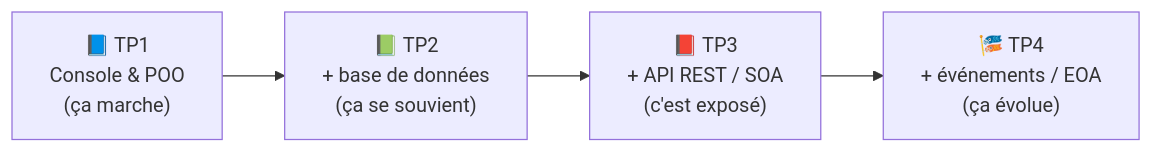
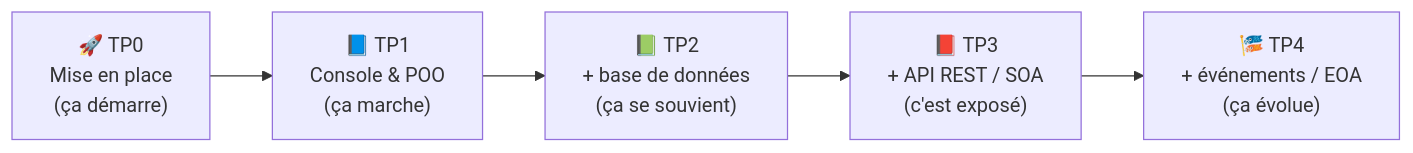
Before and after one commit to BTS1-SIO-SLAM-LSW/playlist-csharp: the diagram in README.md, drawn with Mermaid.

Commit message:
Dashboard : sous-titre 4 TP + docs a jour

````diff
--- a/README.md
+++ b/README.md
@@ -25,6 +25,7 @@
 ```mermaid
 flowchart LR
-    TP1["📘 TP1<br/>Console & POO<br/>(ça marche)"] --> TP2["📗 TP2<br/>+ base de données<br/>(ça se souvient)"]
+    TP0["🚀 TP0<br/>Mise en place<br/>(ça démarre)"] --> TP1["📘 TP1<br/>Console & POO<br/>(ça marche)"]
+    TP1 --> TP2["📗 TP2<br/>+ base de données<br/>(ça se souvient)"]
     TP2 --> TP3["📕 TP3<br/>+ API REST / SOA<br/>(c'est exposé)"]
     TP3 --> TP4["🎏 TP4<br/>+ événements / EOA<br/>(ça évolue)"]
 ```
````
